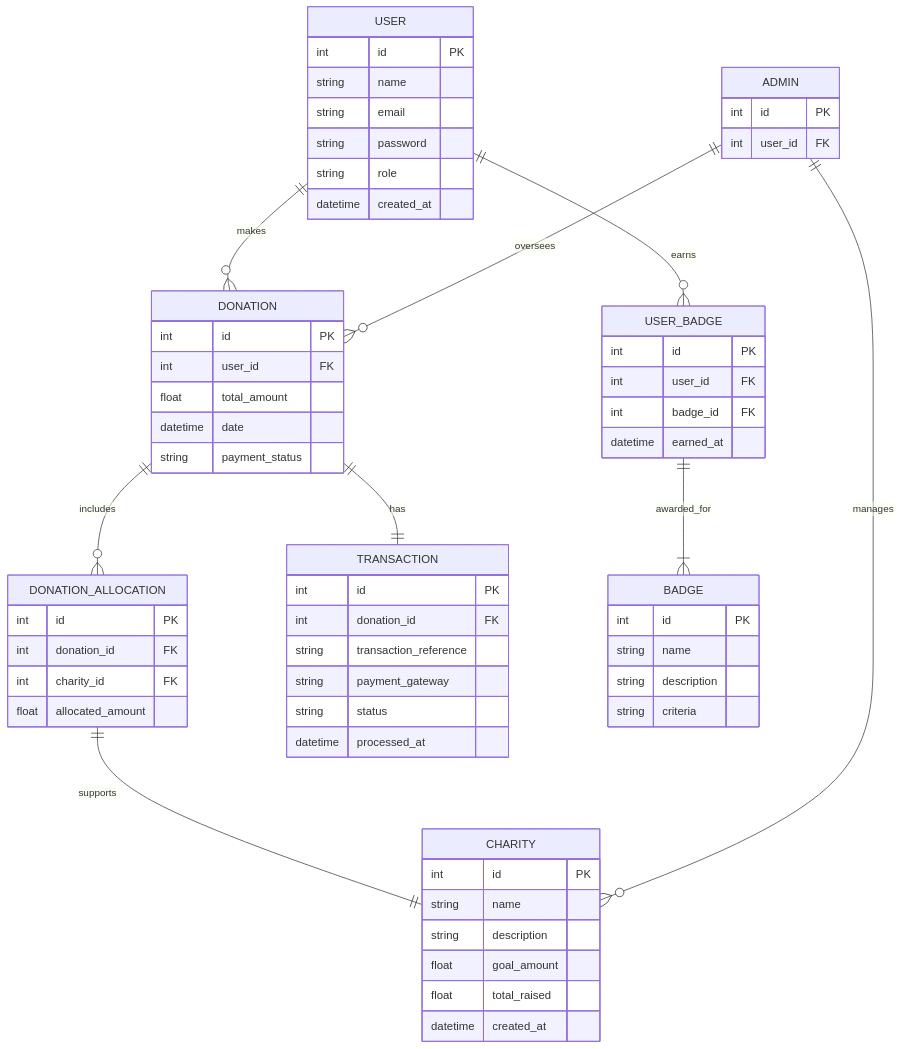
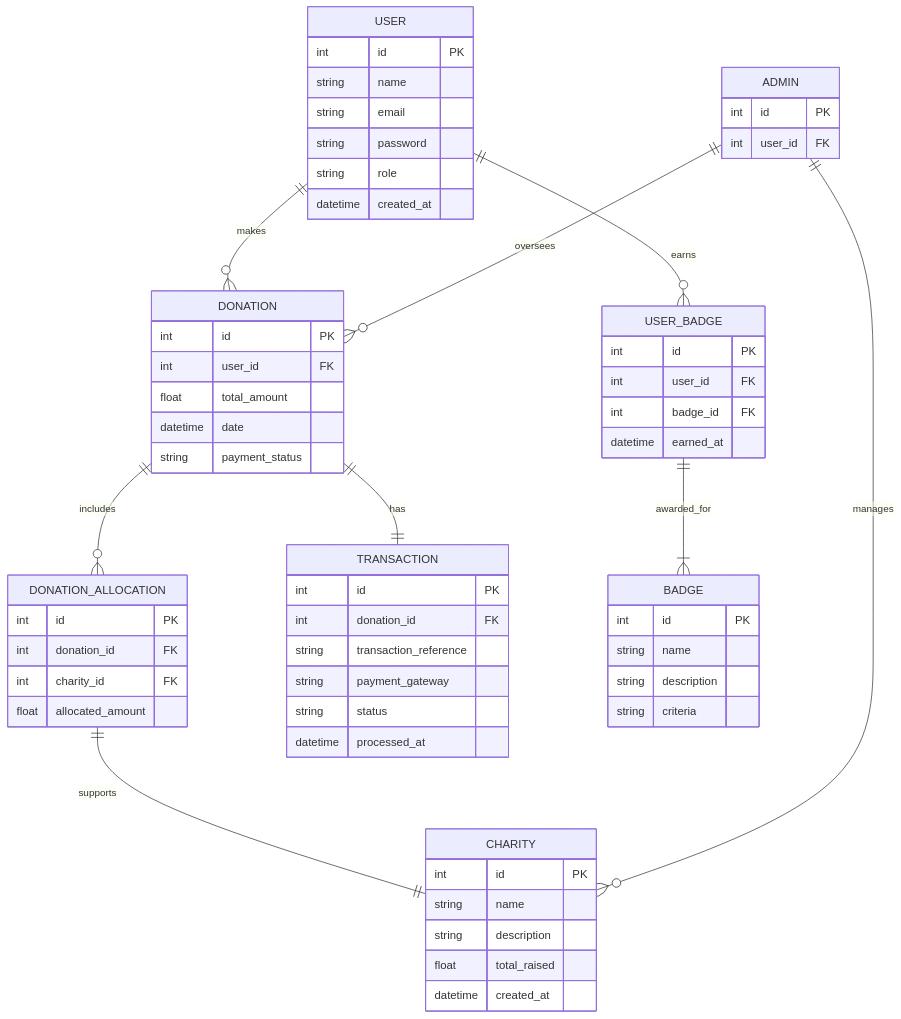
The diagram in PLANNING.md (alanmaizon/love_first), drawn with Mermaid before and after one commit. The commit also changed other lines of this file and 47 other files, not shown here.

````diff
--- a/PLANNING.md
+++ b/PLANNING.md
@@ -74,67 +74,66 @@
 ```mermaid
 
 erDiagram
     USER {
         int id PK
         string name
         string email
         string password
         string role
         datetime created_at
     }
     CHARITY {
         int id PK
         string name
         string description
-        float goal_amount
         float total_raised
         datetime created_at
     }
     DONATION {
         int id PK
         int user_id FK
         float total_amount
         datetime date
         string payment_status
     }
     DONATION_ALLOCATION {
         int id PK
         int donation_id FK
         int charity_id FK
         float allocated_amount
     }
     TRANSACTION {
         int id PK
         int donation_id FK
         string transaction_reference
         string payment_gateway
         string status
         datetime processed_at
     }
     BADGE {
         int id PK
         string name
         string description
         string criteria
     }
     USER_BADGE {
         int id PK
         int user_id FK
         int badge_id FK
         datetime earned_at
     }
     ADMIN {
         int id PK
         int user_id FK
     }
 
     USER ||--o{ DONATION : makes
     DONATION ||--o{ DONATION_ALLOCATION : includes
     DONATION_ALLOCATION ||--|| CHARITY : supports
     DONATION ||--|| TRANSACTION : has
     USER ||--o{ USER_BADGE : earns
     USER_BADGE ||--|{ BADGE : awarded_for
     ADMIN ||--o{ CHARITY : manages
     ADMIN ||--o{ DONATION : oversees
 
 ```
````
